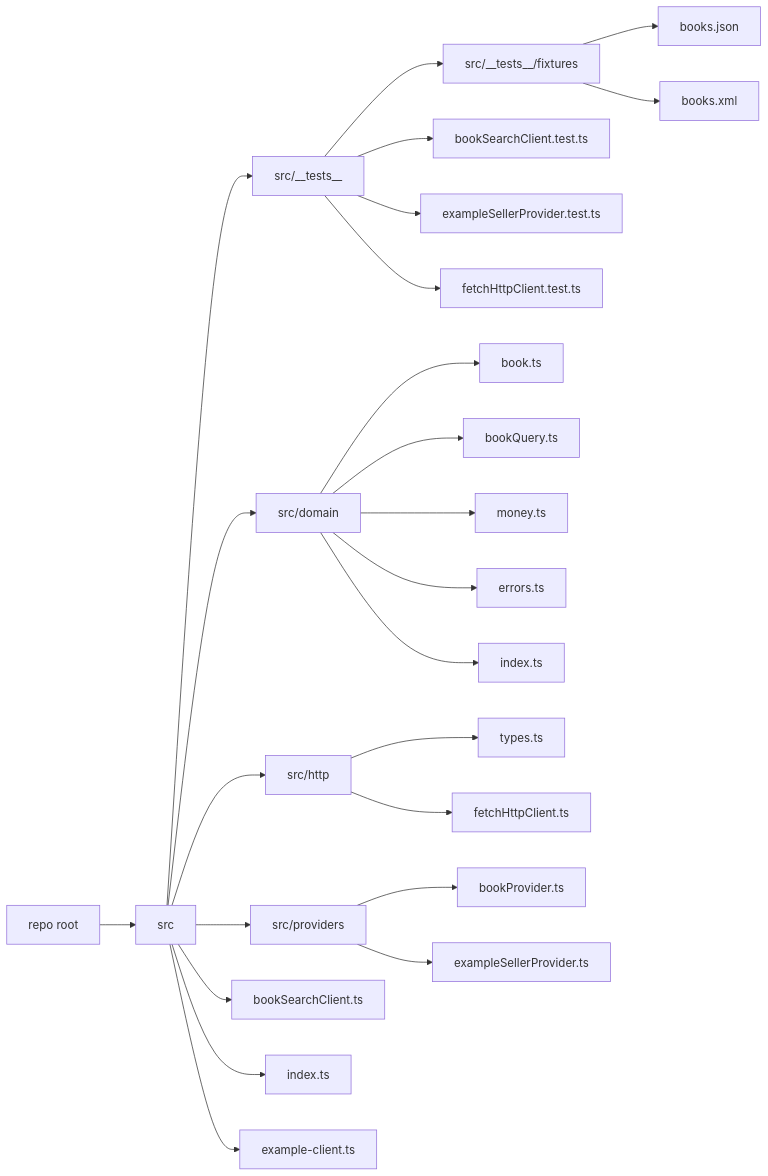
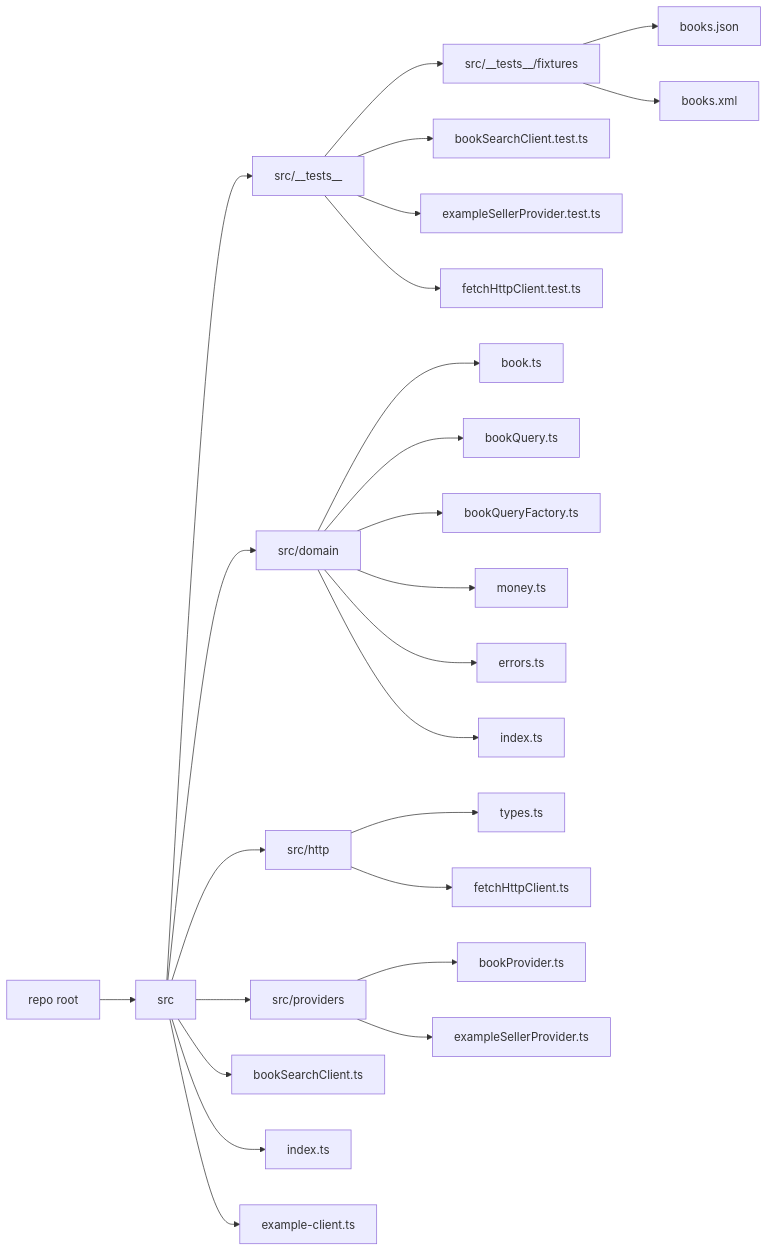
One commit to robinucar/Javascript-Code-Test changed the second of 2 diagrams in README.md. Above: the diagram before and after it, drawn with Mermaid. The commit also changed other lines of this file, not shown here.

````diff
--- a/README.md
+++ b/README.md
@@ -206,31 +228,32 @@
 ```mermaid
 flowchart LR
   Root[repo root] --> Src[src]
 
   Src --> Tests[src/__tests__]
   Tests --> Fixtures[src/__tests__/fixtures]
   Fixtures --> BooksJson[books.json]
   Fixtures --> BooksXml[books.xml]
   Tests --> T1[bookSearchClient.test.ts]
   Tests --> T2[exampleSellerProvider.test.ts]
   Tests --> T3[fetchHttpClient.test.ts]
 
   Src --> Domain[src/domain]
   Domain --> D1[book.ts]
   Domain --> D2[bookQuery.ts]
+  Domain --> D6[bookQueryFactory.ts]
   Domain --> D3[money.ts]
   Domain --> D4[errors.ts]
   Domain --> D5[index.ts]
 
   Src --> Http[src/http]
   Http --> H1[types.ts]
   Http --> H2[fetchHttpClient.ts]
 
   Src --> Providers[src/providers]
   Providers --> P1[bookProvider.ts]
   Providers --> P2[exampleSellerProvider.ts]
 
   Src --> C1[bookSearchClient.ts]
   Src --> C2[index.ts]
   Src --> C3[example-client.ts]
 ```
````
